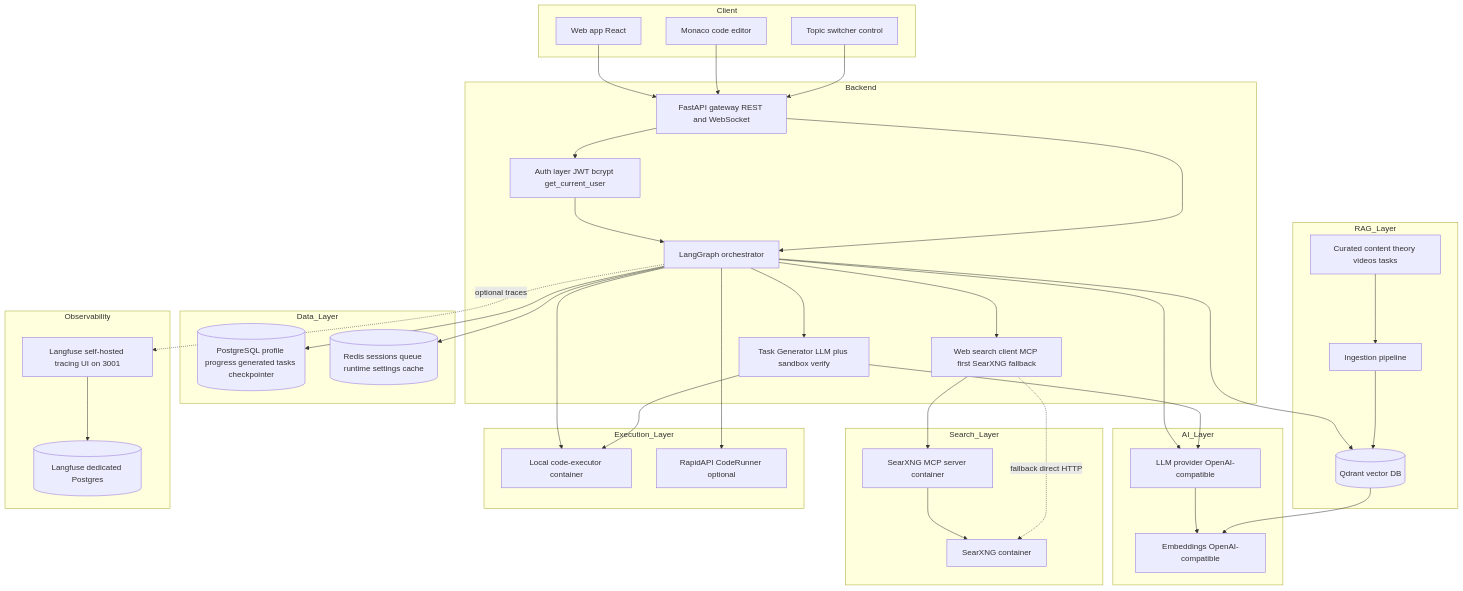
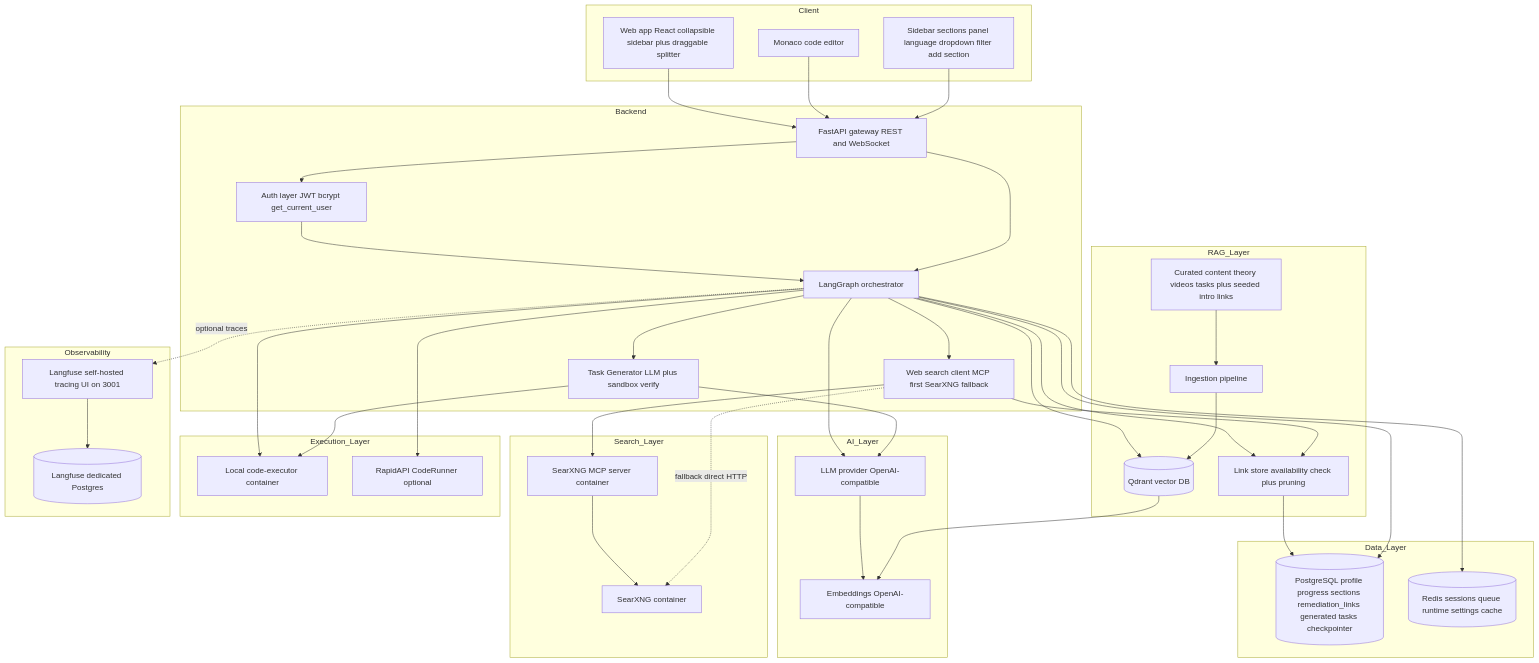
One commit to dmitrygashnikov/demo_ai_agent changed the first of 5 diagrams in README.md. Above: the diagram before and after it, drawn with Mermaid. The commit also changed other lines of this file and 31 other files, not shown here.

````diff
--- a/README.md
+++ b/README.md
@@ -32,73 +32,77 @@
 ```mermaid
 graph TD
     subgraph Client
-        WEB[Web app React]
+        WEB[Web app React collapsible sidebar plus draggable splitter]
         EDITOR[Monaco code editor]
-        TOPICUI[Topic switcher control]
+        SECTIONUI[Sidebar sections panel language dropdown filter add section]
     end
 
     subgraph Backend
         API[FastAPI gateway REST and WebSocket]
         AUTH[Auth layer JWT bcrypt get_current_user]
         ORCH[LangGraph orchestrator]
         GEN[Task Generator LLM plus sandbox verify]
         SEARCHCLIENT[Web search client MCP first SearXNG fallback]
     end
 
     subgraph AI_Layer
         LLM[LLM provider OpenAI-compatible]
         EMB[Embeddings OpenAI-compatible]
     end
 
     subgraph Search_Layer
         MCP[SearXNG MCP server container]
         SEARX[SearXNG container]
     end
 
     subgraph RAG_Layer
         VDB[(Qdrant vector DB)]
         INGEST[Ingestion pipeline]
-        CONTENT[Curated content theory videos tasks]
+        CONTENT[Curated content theory videos tasks plus seeded intro links]
+        LINKSTORE[Link store availability check plus pruning]
     end
 
     subgraph Execution_Layer
         LOCAL[Local code-executor container]
         RAPID[RapidAPI CodeRunner optional]
     end
 
     subgraph Data_Layer
-        PG[(PostgreSQL profile progress generated tasks checkpointer)]
+        PG[(PostgreSQL profile progress sections remediation_links generated tasks checkpointer)]
         CACHE[(Redis sessions queue runtime settings cache)]
     end
 
     subgraph Observability
         LF[Langfuse self-hosted tracing UI on 3001]
         LFDB[(Langfuse dedicated Postgres)]
     end
 
     WEB --> API
     EDITOR --> API
-    TOPICUI --> API
+    SECTIONUI --> API
     API --> AUTH
     AUTH --> ORCH
     API --> ORCH
     ORCH --> LLM
     ORCH --> VDB
     ORCH --> LOCAL
     ORCH --> RAPID
     ORCH --> GEN
     ORCH --> SEARCHCLIENT
     GEN --> LLM
     GEN --> LOCAL
     SEARCHCLIENT --> MCP
     MCP --> SEARX
     SEARCHCLIENT -.fallback direct HTTP.-> SEARX
     LLM --> EMB
     VDB --> EMB
     INGEST --> VDB
     CONTENT --> INGEST
+    ORCH --> LINKSTORE
+    SEARCHCLIENT --> LINKSTORE
+    LINKSTORE --> PG
     ORCH --> PG
     ORCH --> CACHE
     ORCH -.optional traces.-> LF
     LF --> LFDB
 ```
````
